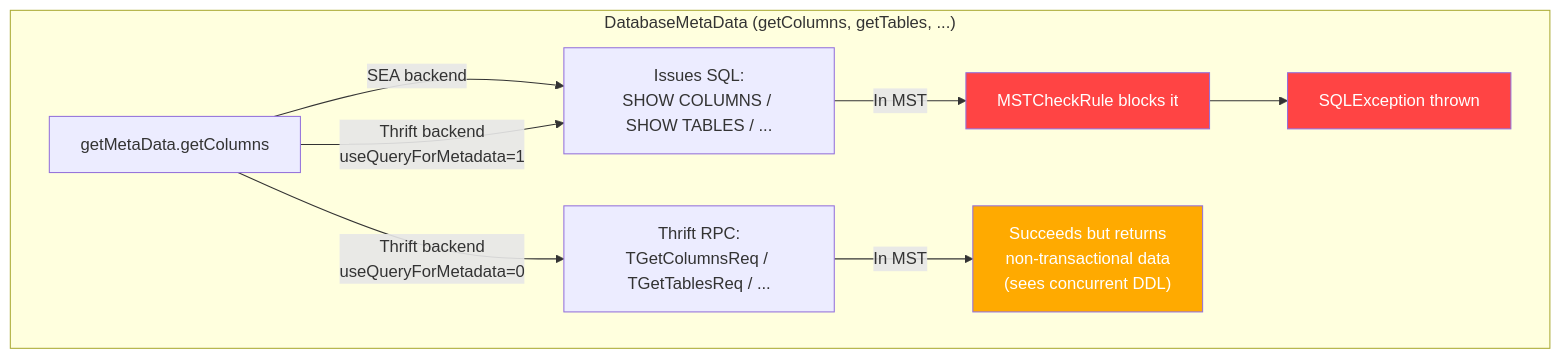
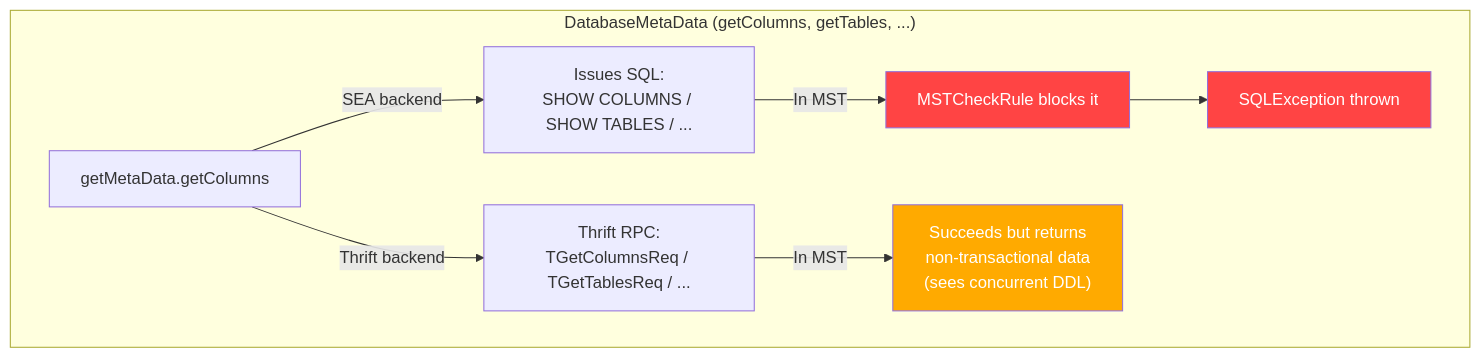
One commit to databricks/databricks-jdbc changed the second of 10 diagrams in docs/mst-test-design.md. Above: the diagram before and after it, drawn with Mermaid. The commit also changed 8 other files, not shown here.

First line of the commit message:
Remove UseQueryForMetadata connection property (#1747)

````diff
--- a/docs/mst-test-design.md
+++ b/docs/mst-test-design.md
@@ -31,16 +31,15 @@
 ```mermaid
 flowchart TD
     subgraph "DatabaseMetaData (getColumns, getTables, ...)"
         META[getMetaData.getColumns]
         META -->|SEA backend| SQL_META["Issues SQL:<br/>SHOW COLUMNS / SHOW TABLES / ..."]
-        META -->|Thrift backend<br/>useQueryForMetadata=0| THRIFT_RPC["Thrift RPC:<br/>TGetColumnsReq / TGetTablesReq / ..."]
-        META -->|Thrift backend<br/>useQueryForMetadata=1| SQL_META
+        META -->|Thrift backend| THRIFT_RPC["Thrift RPC:<br/>TGetColumnsReq / TGetTablesReq / ..."]
         SQL_META -->|"In MST"| BLOCKED["MSTCheckRule blocks it"]
         THRIFT_RPC -->|"In MST"| NONTXN_DATA["Succeeds but returns<br/>non-transactional data<br/>(sees concurrent DDL)"]
         BLOCKED --> EXCEPTION[SQLException thrown]
     end
 
     style BLOCKED fill:#f44,color:#fff
     style NONTXN_DATA fill:#fa0,color:#fff
     style EXCEPTION fill:#f44,color:#fff
 ```
````
